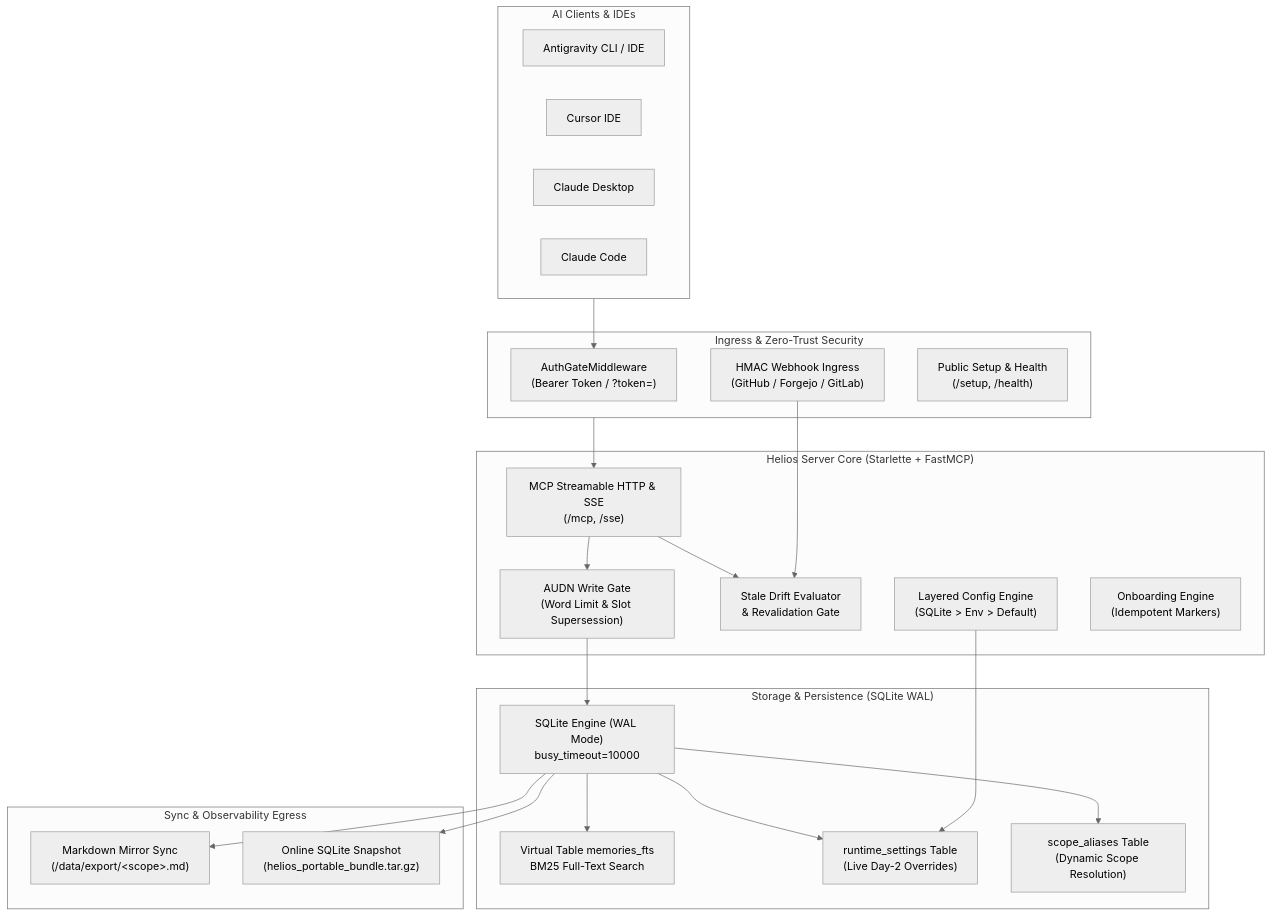
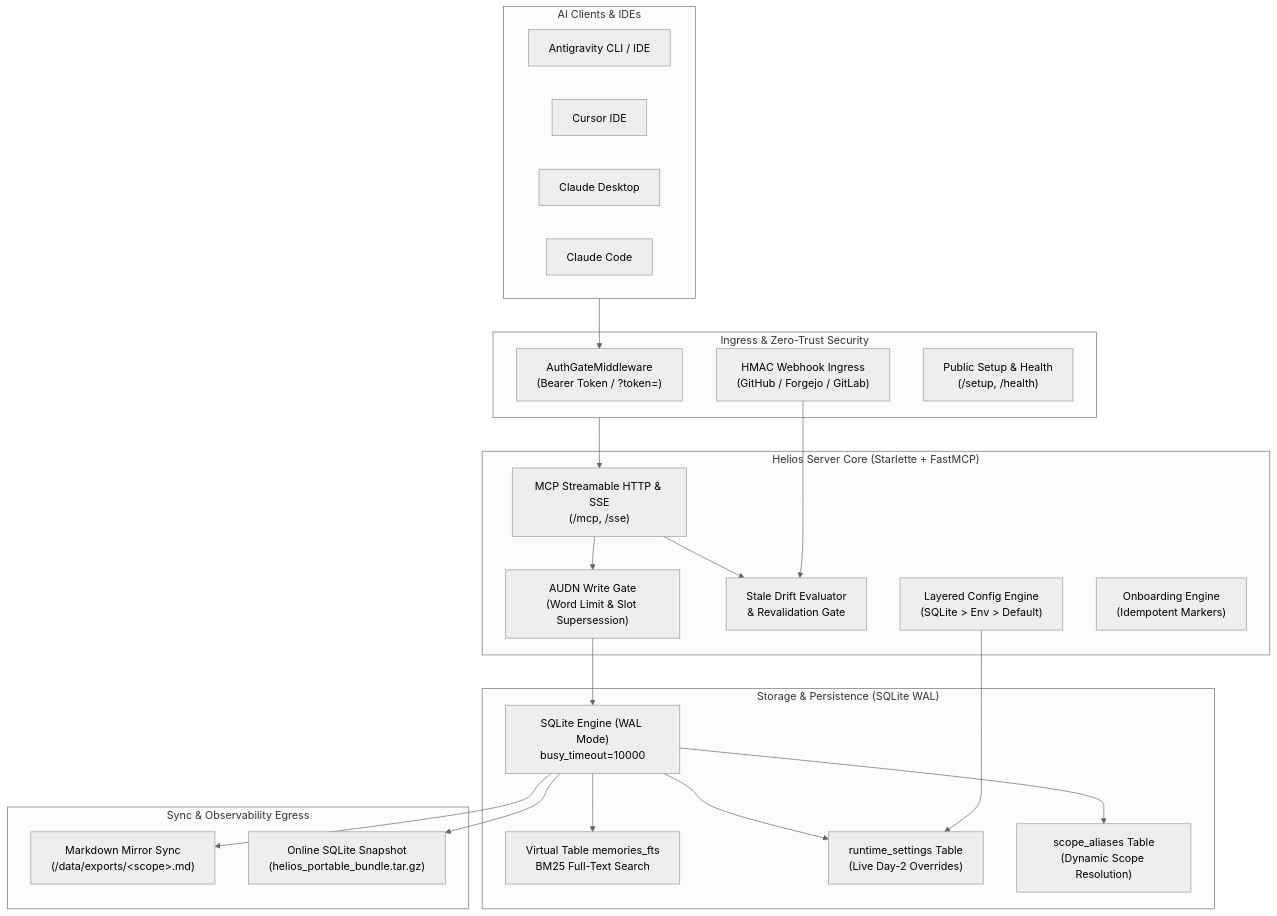
Before and after one commit to brazaoo4/helios: the first of 2 diagrams in README.md, drawn with Mermaid (neutral theme). The commit also changed other lines of this file and 14 other files, not shown here.

````diff
--- a/README.md
+++ b/README.md
@@ -11,48 +11,48 @@
 ```mermaid
 flowchart TD
     subgraph Clients["AI Clients & IDEs"]
         AG["Antigravity CLI / IDE"]
         CR["Cursor IDE"]
         CD["Claude Desktop"]
         CC["Claude Code"]
     end
 
     subgraph Ingress["Ingress & Zero-Trust Security"]
         AGW["AuthGateMiddleware<br/>(Bearer Token / ?token=)"]
         WHG["HMAC Webhook Ingress<br/>(GitHub / Forgejo / GitLab)"]
         PUB["Public Setup & Health<br/>(/setup, /health)"]
     end
 
     subgraph Core["Helios Server Core (Starlette + FastMCP)"]
         MCP["MCP Streamable HTTP & SSE<br/>(/mcp, /sse)"]
         AUDN["AUDN Write Gate<br/>(Word Limit & Slot Supersession)"]
         REVAL["Stale Drift Evaluator<br/>& Revalidation Gate"]
         CONFIG["Layered Config Engine<br/>(SQLite &gt; Env &gt; Default)"]
         ONBOARD["Onboarding Engine<br/>(Idempotent Markers)"]
     end
 
     subgraph Storage["Storage & Persistence (SQLite WAL)"]
         SQL["SQLite Engine (WAL Mode)<br/>busy_timeout=10000"]
         FTS["Virtual Table memories_fts<br/>BM25 Full-Text Search"]
         SETTINGS["runtime_settings Table<br/>(Live Day-2 Overrides)"]
         ALIASES["scope_aliases Table<br/>(Dynamic Scope Resolution)"]
     end
 
     subgraph Egress["Sync & Observability Egress"]
-        MD["Markdown Mirror Sync<br/>(/data/export/&lt;scope&gt;.md)"]
+        MD["Markdown Mirror Sync<br/>(/data/exports/&lt;scope&gt;.md)"]
         TAR["Online SQLite Snapshot<br/>(helios_portable_bundle.tar.gz)"]
     end
 
     Clients --> AGW
     Ingress --> MCP
     MCP --> AUDN
     MCP --> REVAL
     WHG --> REVAL
     AUDN --> SQL
     SQL --> FTS
     SQL --> SETTINGS
     SQL --> ALIASES
     CONFIG --> SETTINGS
     SQL --> MD
     SQL --> TAR
 ```
````
